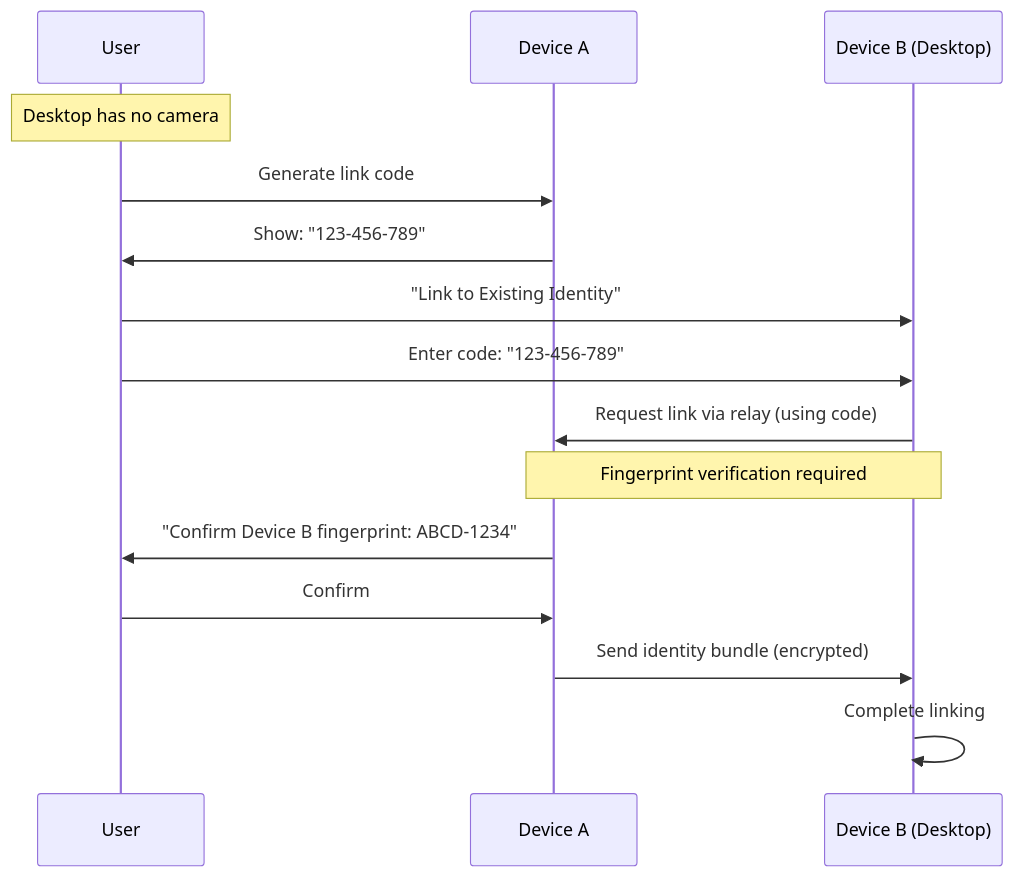
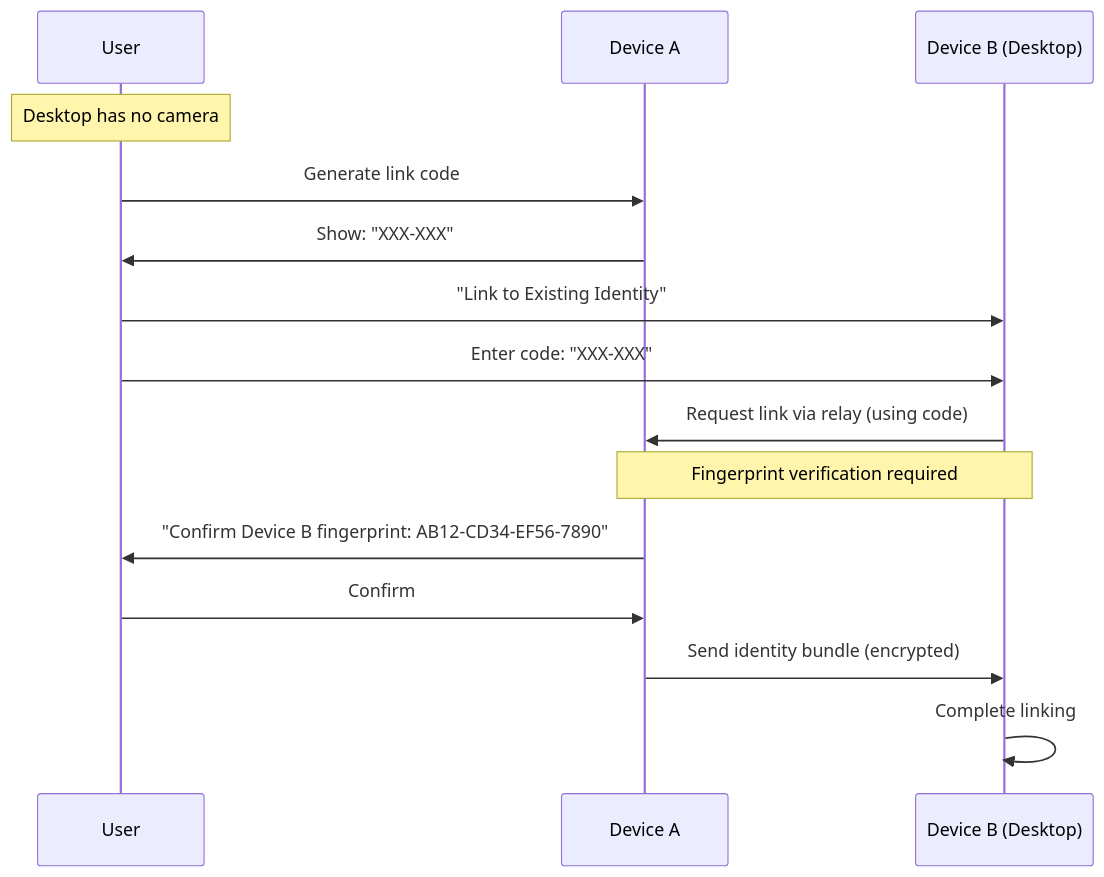
The second of 3 diagrams in docs/developers/diagrams/device-linking.md (vauchi/docs), drawn with Mermaid before and after one commit. The commit also changed other lines of this file and 7 other files, not shown here.

First line of the commit message:
fix: Correct crypto docs, diagrams, proximity range, and recovery expiry

````diff
--- a/docs/developers/diagrams/device-linking.md
+++ b/docs/developers/diagrams/device-linking.md
@@ -154,22 +156,22 @@
 ```mermaid
 sequenceDiagram
     participant U as User
     participant DA as Device A
     participant DB as Device B (Desktop)
 
     Note over U: Desktop has no camera
 
     U->>DA: Generate link code
-    DA->>U: Show: "123-456-789"
+    DA->>U: Show: "XXX-XXX"
 
     U->>DB: "Link to Existing Identity"
-    U->>DB: Enter code: "123-456-789"
+    U->>DB: Enter code: "XXX-XXX"
     DB->>DA: Request link via relay (using code)
 
     Note over DA,DB: Fingerprint verification required
-    DA->>U: "Confirm Device B fingerprint: ABCD-1234"
+    DA->>U: "Confirm Device B fingerprint: AB12-CD34-EF56-7890"
     U->>DA: Confirm
 
     DA->>DB: Send identity bundle (encrypted)
     DB->>DB: Complete linking
 ```
````
